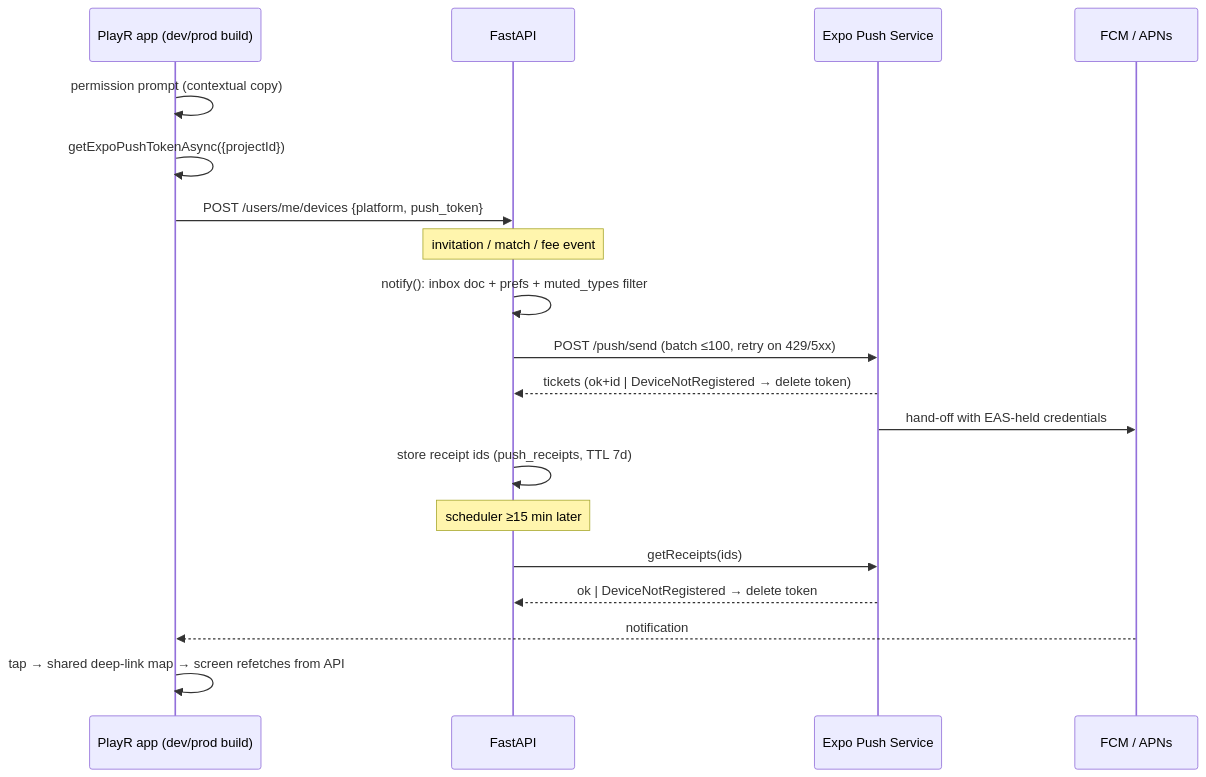
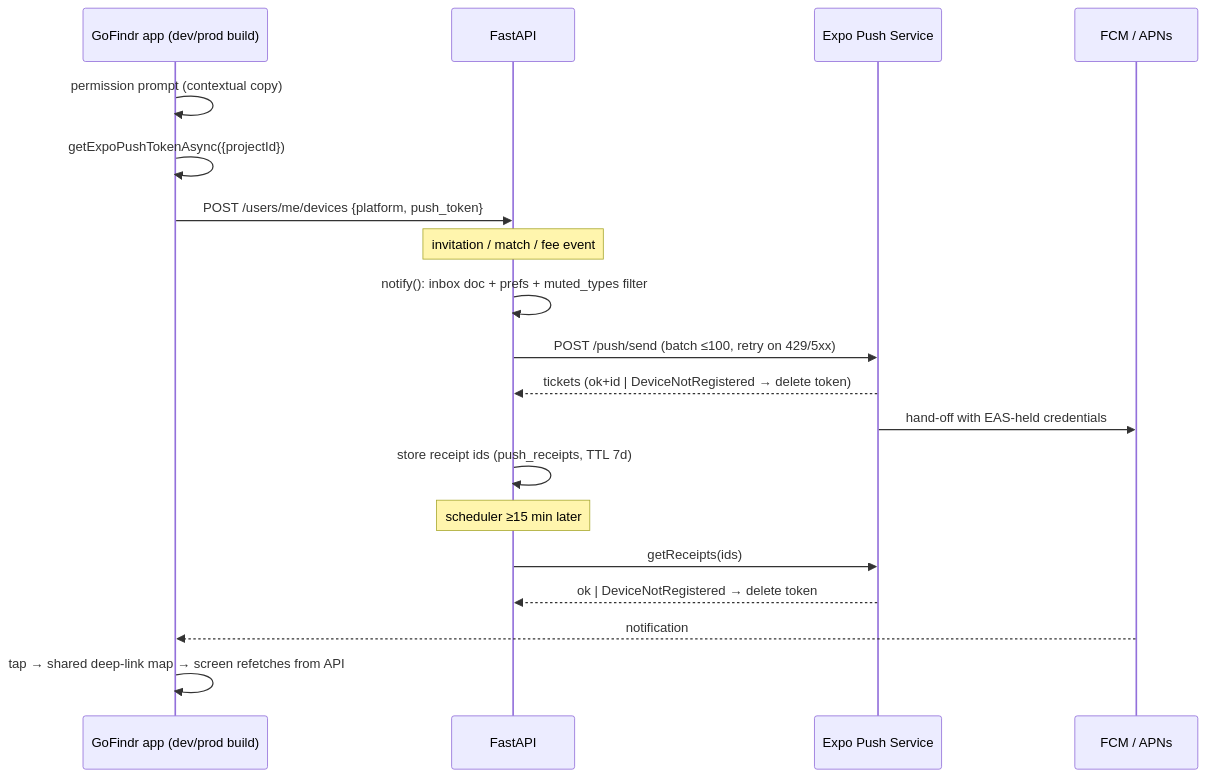
One commit to Cricketmarvels/oneshort changed the diagram in docs/design/PUSH_NOTIFICATIONS.md. Above: the diagram before and after it, drawn with Mermaid. The commit also changed other lines of this file and 132 other files, not shown here.

````diff
--- a/docs/design/PUSH_NOTIFICATIONS.md
+++ b/docs/design/PUSH_NOTIFICATIONS.md
@@ -9,21 +9,21 @@
 ```mermaid
 sequenceDiagram
-  participant App as PlayR app (dev/prod build)
+  participant App as GoFindr app (dev/prod build)
   participant API as FastAPI
   participant Expo as Expo Push Service
   participant FA as FCM / APNs
   App->>App: permission prompt (contextual copy)
   App->>App: getExpoPushTokenAsync({projectId})
   App->>API: POST /users/me/devices {platform, push_token}
   Note over API: invitation / match / fee event
   API->>API: notify(): inbox doc + prefs + muted_types filter
   API->>Expo: POST /push/send (batch ≤100, retry on 429/5xx)
   Expo-->>API: tickets (ok+id | DeviceNotRegistered → delete token)
   Expo->>FA: hand-off with EAS-held credentials
   API->>API: store receipt ids (push_receipts, TTL 7d)
   Note over API: scheduler ≥15 min later
   API->>Expo: getReceipts(ids)
   Expo-->>API: ok | DeviceNotRegistered → delete token
   FA-->>App: notification
   App->>App: tap → shared deep-link map → screen refetches from API
 ```
````
